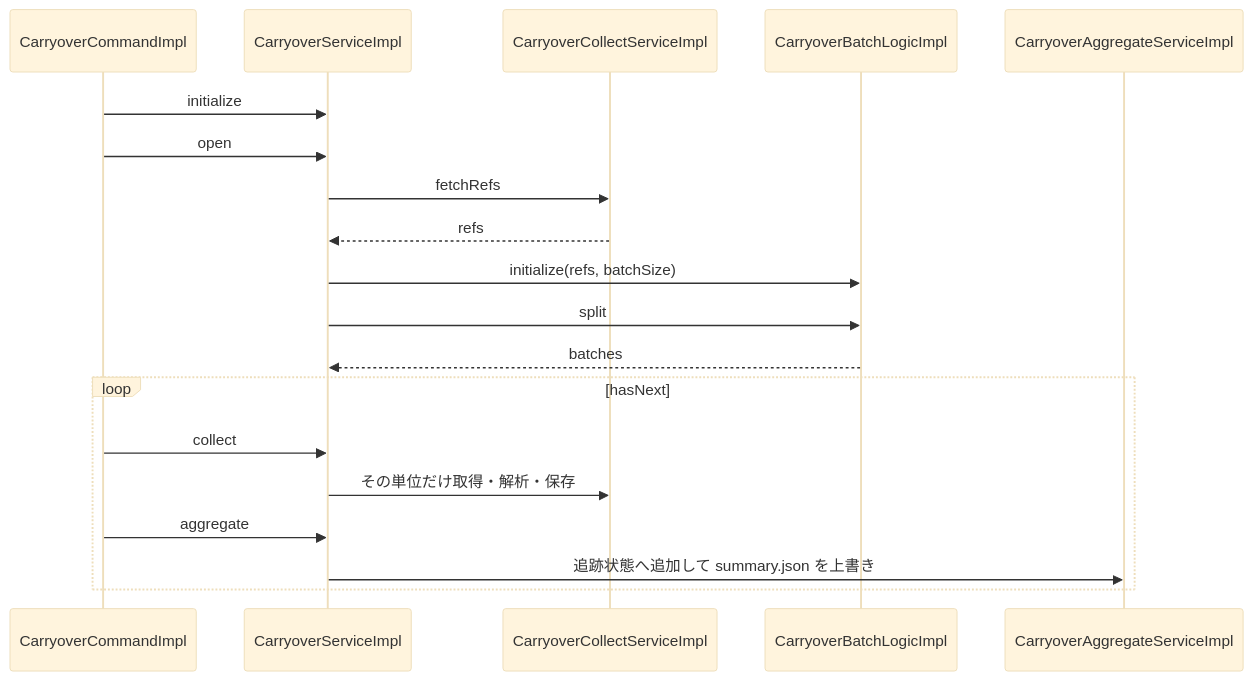
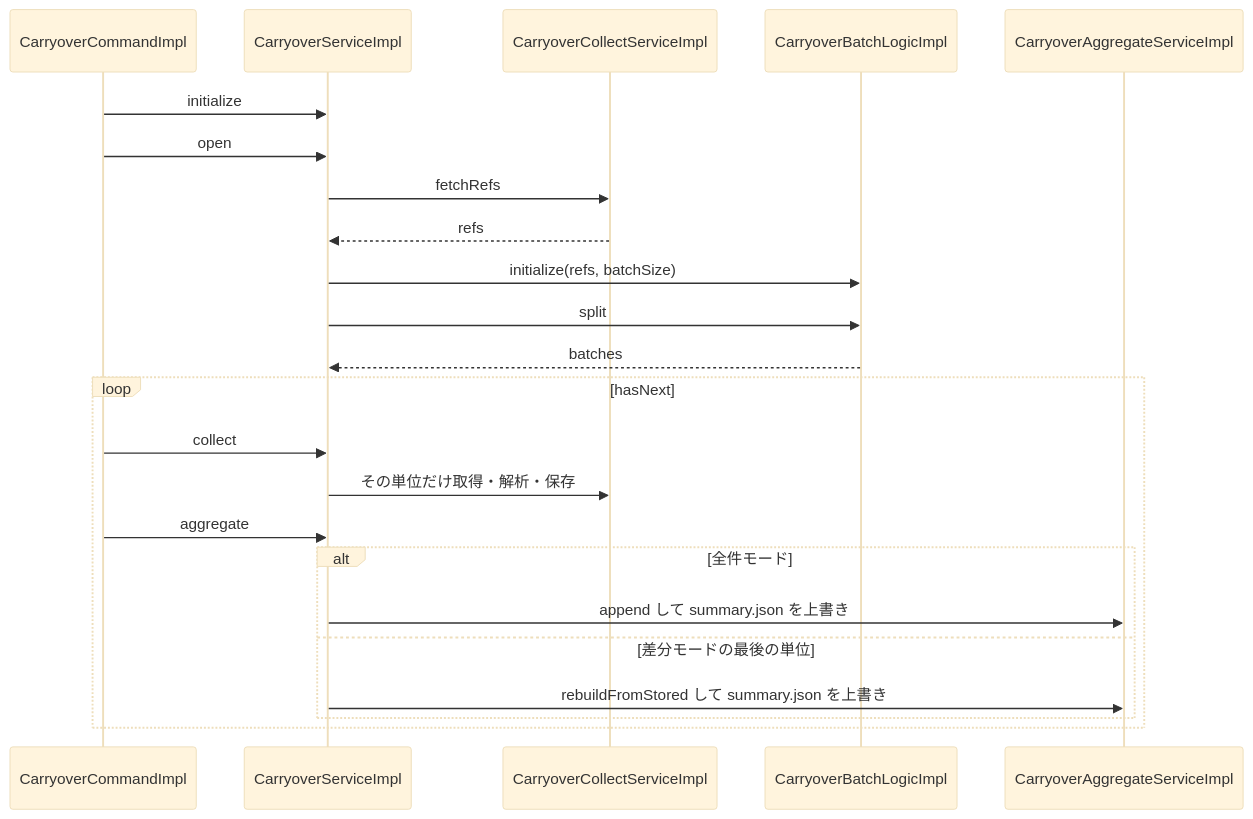
Before and after one commit to KenichiroArai/kb002_daily-tasks_doc: the first of 3 diagrams in docs/design/backend/03-processing.md, drawn with Mermaid (base theme). The commit also changed other lines of this file, not shown here.

Commit message:
#3 集計を全件の append と差分の rebuildFromStored に分けた設計へ合わせる
aggregate が常に「その単位を実行中の集計へ足して summary.json を上書きする」と
読めると、差分モードでは単位ごとの足し込みをせず、最後の単位のあとに保存済み
Issue 全件から集計を作り直す実装と食い違う。手順 5 にはモード分岐が既にあるが、
「収集と集計」の導入文とシーケンス図が全件寄りの一本道のままなので、実装の
aggregateFull / aggregateDiff と同じ振り分けが見えるように直す。

変更の要点
- aggregate はモードに応じて全件用または差分用の集計へ振り分ける旨を導入文に書く。
- 全件ではその単位を実行中の集計へ足してその時点の summary.json を上書きする。
- 差分では単位を進め、最後の単位のあとに保存済みの Issue 全件から集計を作り直し、
  summary.json を上書きする。
- シーケンス図の Aggregate 呼び出しを、全件モードの append と、差分モードの
  最後の単位での rebuildFromStored の alt に分ける。

バックエンド 03. 処理（docs/design/backend/03-processing.md）
- 「収集と集計」節で、aggregate がモード別に振り分ける説明に直す。
- シーケンス図を alt 全件モード / else 差分モードの最後の単位 に更新し、
  append と rebuildFromStored を明示する。

(【KB002】プロジェクトの理解と改善を行うSubIssue管理版 #3)

````diff
--- a/docs/design/backend/03-processing.md
+++ b/docs/design/backend/03-processing.md
@@ -46,21 +46,25 @@
 ```mermaid
 sequenceDiagram
   participant Command as CarryoverCommandImpl
   participant Service as CarryoverServiceImpl
   participant Collect as CarryoverCollectServiceImpl
   participant Batch as CarryoverBatchLogicImpl
   participant Aggregate as CarryoverAggregateServiceImpl
   Command->>Service: initialize
   Command->>Service: open
   Service->>Collect: fetchRefs
   Collect-->>Service: refs
   Service->>Batch: initialize(refs, batchSize)
   Service->>Batch: split
   Batch-->>Service: batches
   loop hasNext
     Command->>Service: collect
     Service->>Collect: その単位だけ取得・解析・保存
     Command->>Service: aggregate
-    Service->>Aggregate: 追跡状態へ追加して summary.json を上書き
+    alt 全件モード
+      Service->>Aggregate: append して summary.json を上書き
+    else 差分モードの最後の単位
+      Service->>Aggregate: rebuildFromStored して summary.json を上書き
+    end
   end
 ```
````
